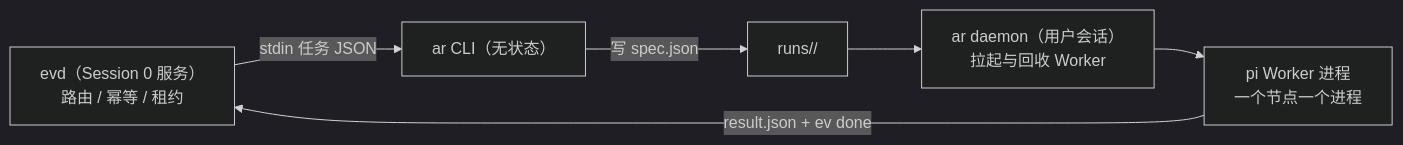
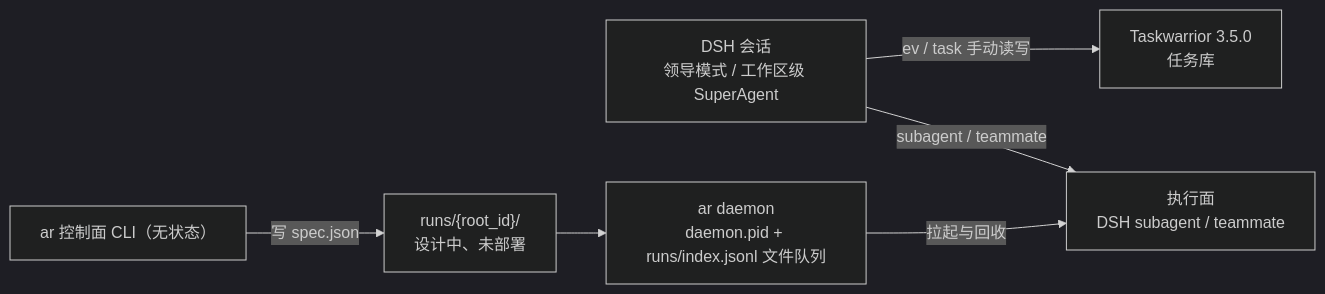
The diagram in docs/agent-local-runtime.md (ShizkMoon/ai-collab-assistant), drawn with Mermaid (dark theme) before and after one commit. The commit also changed other lines of this file and 47 other files, not shown here.

````diff
--- a/docs/agent-local-runtime.md
+++ b/docs/agent-local-runtime.md
@@ -9,8 +9,8 @@
 ```mermaid
 flowchart LR
-  EVD["evd（Session 0 服务）<br/>路由 / 幂等 / 租约"] -->|stdin 任务 JSON| AR["ar CLI（无状态）"]
-  AR -->|写 spec.json| RUNS["runs/<root_id>/"]
-  RUNS --> DAEMON["ar daemon（用户会话）<br/>拉起与回收 Worker"]
-  DAEMON --> PI["pi Worker 进程<br/>一个节点一个进程"]
-  PI -->|result.json + ev done| EVD
+  SESS["DSH 会话<br/>领导模式 / 工作区级 SuperAgent"] -->|ev / task 手动读写| TL["Taskwarrior 3.5.0<br/>任务库"]
+  SESS -->|subagent / teammate| EXE["执行面<br/>DSH subagent / teammate"]
+  AR["ar 控制面 CLI（无状态）"] -->|写 spec.json| RUNS["runs/{root_id}/<br/>设计中、未部署"]
+  RUNS --> DAEMON["ar daemon<br/>daemon.pid + runs/index.jsonl 文件队列"]
+  DAEMON -->|拉起与回收| EXE
 ```
````
